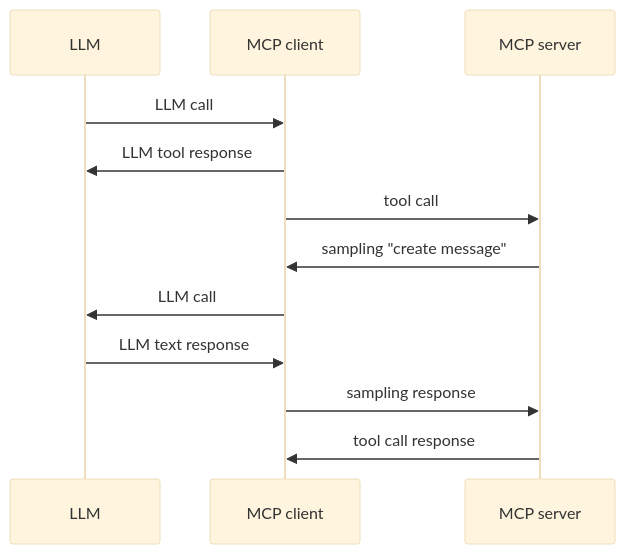
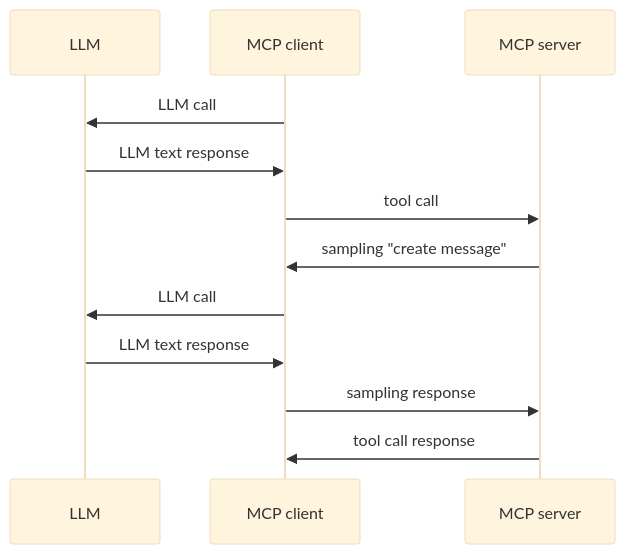
Before and after one commit to pydantic/talks: the diagram in 2025-06-ai-engineer-mcp/README.md, drawn with Mermaid (base theme). The commit also changed other lines of this file and 3 other files, not shown here.

````diff
--- a/2025-06-ai-engineer-mcp/README.md
+++ b/2025-06-ai-engineer-mcp/README.md
@@ -73,18 +85,18 @@
 ```mermaid
 sequenceDiagram
     participant LLM
     participant MCP_Client as MCP client
     participant MCP_Server as MCP server
 
-    LLM->>MCP_Client: LLM call
-    MCP_Client->>LLM: LLM tool response
+    MCP_Client->>LLM: LLM call
+    LLM->>MCP_Client: LLM text response
 
     MCP_Client->>MCP_Server: tool call
     MCP_Server->>MCP_Client: sampling "create message"
 
     MCP_Client->>LLM: LLM call
     LLM->>MCP_Client: LLM text response
 
     MCP_Client->>MCP_Server: sampling response
     MCP_Server->>MCP_Client: tool call response
 ```
````
